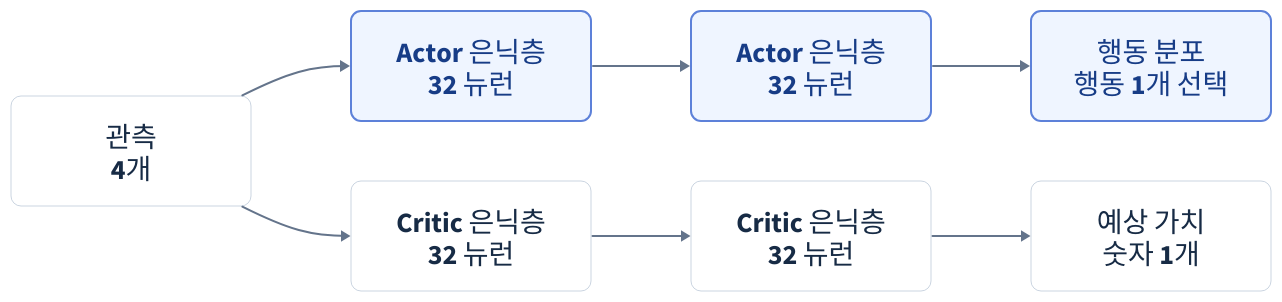
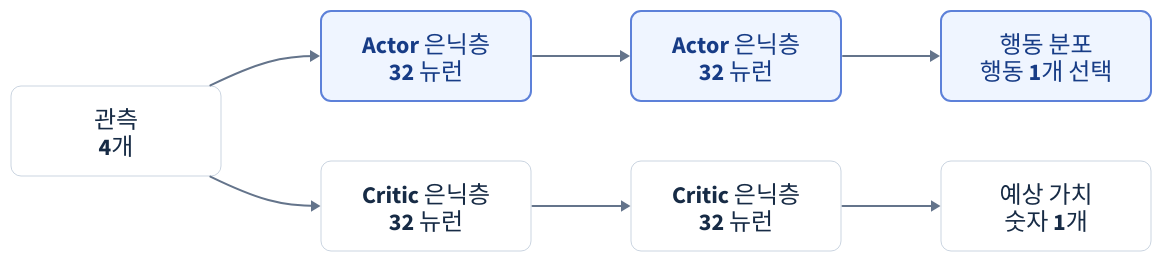
The diagram in learning-notes/reinforcement-learning/diagrams/02-actor-critic-model.d2 (fortex66/physical-ai-training), drawn with D2 before and after one commit. The commit also changed 42 other files, not shown here.

Commit message:
docs: add lesson 22 action-space review and compact D2 diagrams

```diff
--- a/learning-notes/reinforcement-learning/diagrams/02-actor-critic-model.d2
+++ b/learning-notes/reinforcement-learning/diagrams/02-actor-critic-model.d2
@@ -1,27 +1,27 @@
 direction: down
 classes: {
   box: {
-    width: 240
-    height: 110
-    style: {font-size: 28; font-color: "#172B45"; fill: "#FFFFFF"; stroke: "#CBD5E1"; stroke-width: 1; border-radius: 10}
+    width: 210
+    height: 90
+    style: {font-size: 24; font-color: "#172B45"; fill: "#FFFFFF"; stroke: "#CBD5E1"; stroke-width: 1; border-radius: 10}
   }
   focus: {
-    width: 240
-    height: 110
-    style: {font-size: 28; font-color: "#173C86"; fill: "#EFF5FF"; stroke: "#5D81D9"; stroke-width: 2; border-radius: 10}
+    width: 210
+    height: 90
+    style: {font-size: 24; font-color: "#173C86"; fill: "#EFF5FF"; stroke: "#5D81D9"; stroke-width: 2; border-radius: 10}
   }
 }
 *.class: box
-*.style.font-size: 28
+*.style.font-size: 24
 (* -> *)[*].style.stroke: "#64748B"
 (* -> *)[*].style.stroke-width: 2
 direction: right
 obs: "관측\n4개"
 a1: "Actor 은닉층\n32 뉴런" {class: focus}
 a2: "Actor 은닉층\n32 뉴런" {class: focus}
 aout: "행동 분포\n행동 1개 선택" {class: focus}
 c1: "Critic 은닉층\n32 뉴런"
 c2: "Critic 은닉층\n32 뉴런"
 cout: "예상 가치\n숫자 1개"
 obs -> a1 -> a2 -> aout
 obs -> c1 -> c2 -> cout
```
